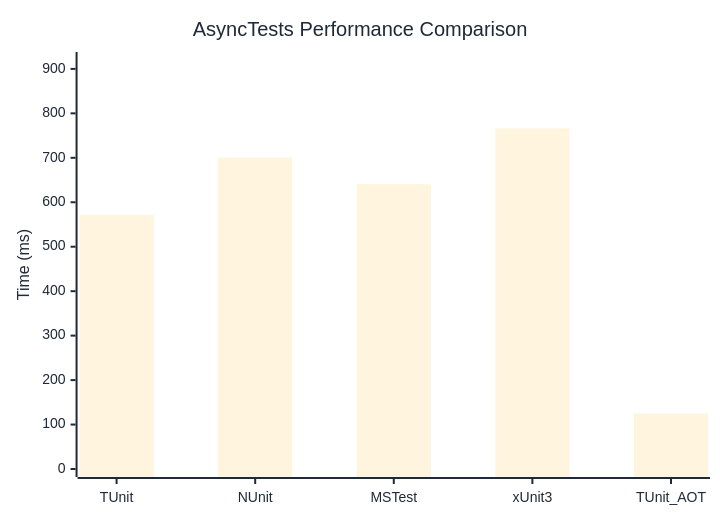
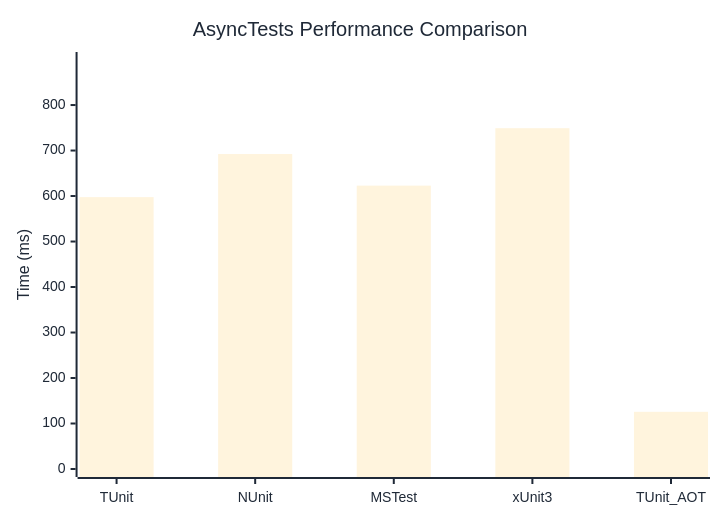
Before and after one commit to thomhurst/TUnit: the diagram in docs/docs/benchmarks/AsyncTests.md, drawn with Mermaid. The commit also changed other lines of this file and 17 other files, not shown here.

````diff
--- a/docs/docs/benchmarks/AsyncTests.md
+++ b/docs/docs/benchmarks/AsyncTests.md
@@ -27,37 +27,37 @@
 ```mermaid
 %%{init: {
   'theme':'base',
   'themeVariables': {
     'primaryColor': '#2563eb',
     'primaryTextColor': '#1f2937',
     'primaryBorderColor': '#1e40af',
     'lineColor': '#6b7280',
     'secondaryColor': '#7c3aed',
     'tertiaryColor': '#dc2626',
     'background': '#ffffff',
     'mainBkg': '#2563eb',
     'secondBkg': '#7c3aed',
     'tertiaryBkg': '#dc2626',
     'clusterBkg': '#f3f4f6',
     'edgeLabelBackground': '#ffffff',
     'tertiaryTextColor': '#1f2937',
     'pie1': '#2563eb',
     'pie2': '#7c3aed',
     'pie3': '#dc2626',
     'pie4': '#f59e0b',
     'pie5': '#10b981',
     'pie6': '#06b6d4',
     'pie7': '#ec4899',
     'pie8': '#6366f1',
     'pie9': '#84cc16',
     'pie10': '#f97316',
     'pie11': '#14b8a6',
     'pie12': '#a855f7'
   }
 }}%%
 xychart-beta
   title "AsyncTests Performance Comparison"
   x-axis ["TUnit", "NUnit", "MSTest", "xUnit3", "TUnit_AOT"]
-  y-axis "Time (ms)" 0 --> 920
-  bar [571.6, 700.6, 640.6, 766.1, 124.7]
+  y-axis "Time (ms)" 0 --> 899
+  bar [597.6, 692.3, 622.9, 749.1, 125.7]
 ```
````
